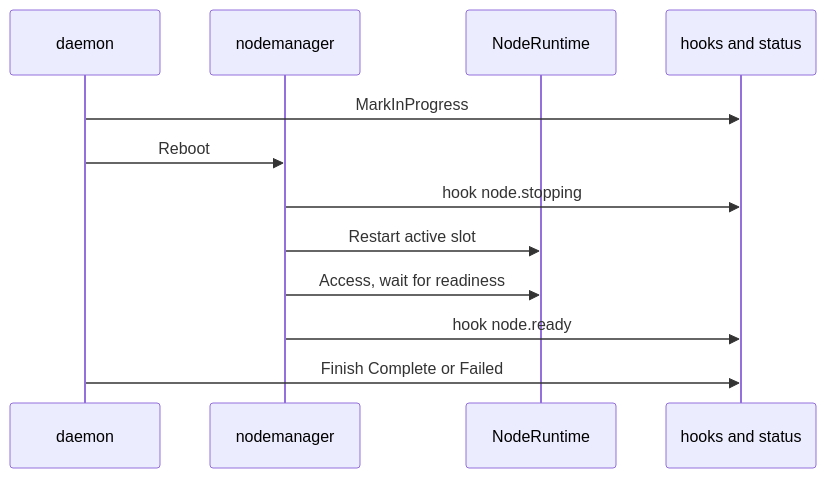
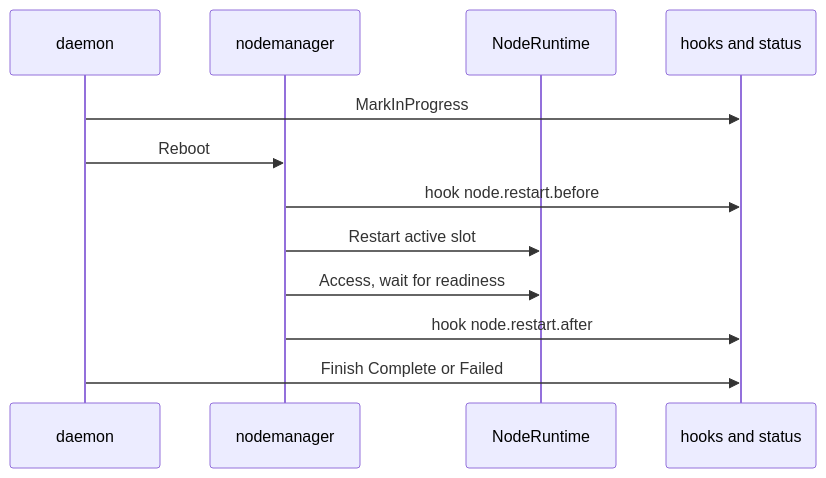
The seventh of 13 diagrams in designs/agent-v2.md (Azure/unbounded), drawn with Mermaid before and after one commit. The commit also changed other lines of this file, not shown here.

First line of the commit message:
designs: rename agent v2 lifecycle events to <subject>.<state>.<before|after>

````diff
--- a/designs/agent-v2.md
+++ b/designs/agent-v2.md
@@ -1061,14 +1131,14 @@
 ```mermaid
 sequenceDiagram
   participant D as daemon
   participant NM as nodemanager
   participant RT as NodeRuntime
   participant Px as hooks and status
   D->>Px: MarkInProgress
   D->>NM: Reboot
-  NM->>Px: hook node.stopping
+  NM->>Px: hook node.restart.before
   NM->>RT: Restart active slot
   NM->>RT: Access, wait for readiness
-  NM->>Px: hook node.ready
+  NM->>Px: hook node.restart.after
   D->>Px: Finish Complete or Failed
 ```
````
